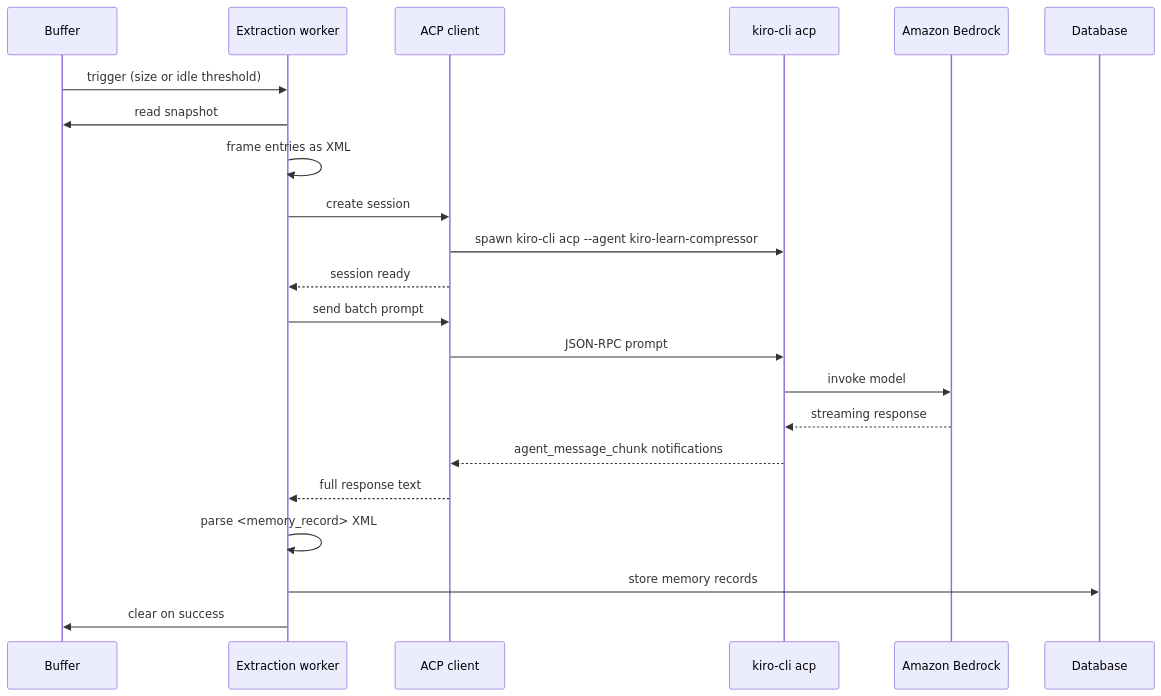
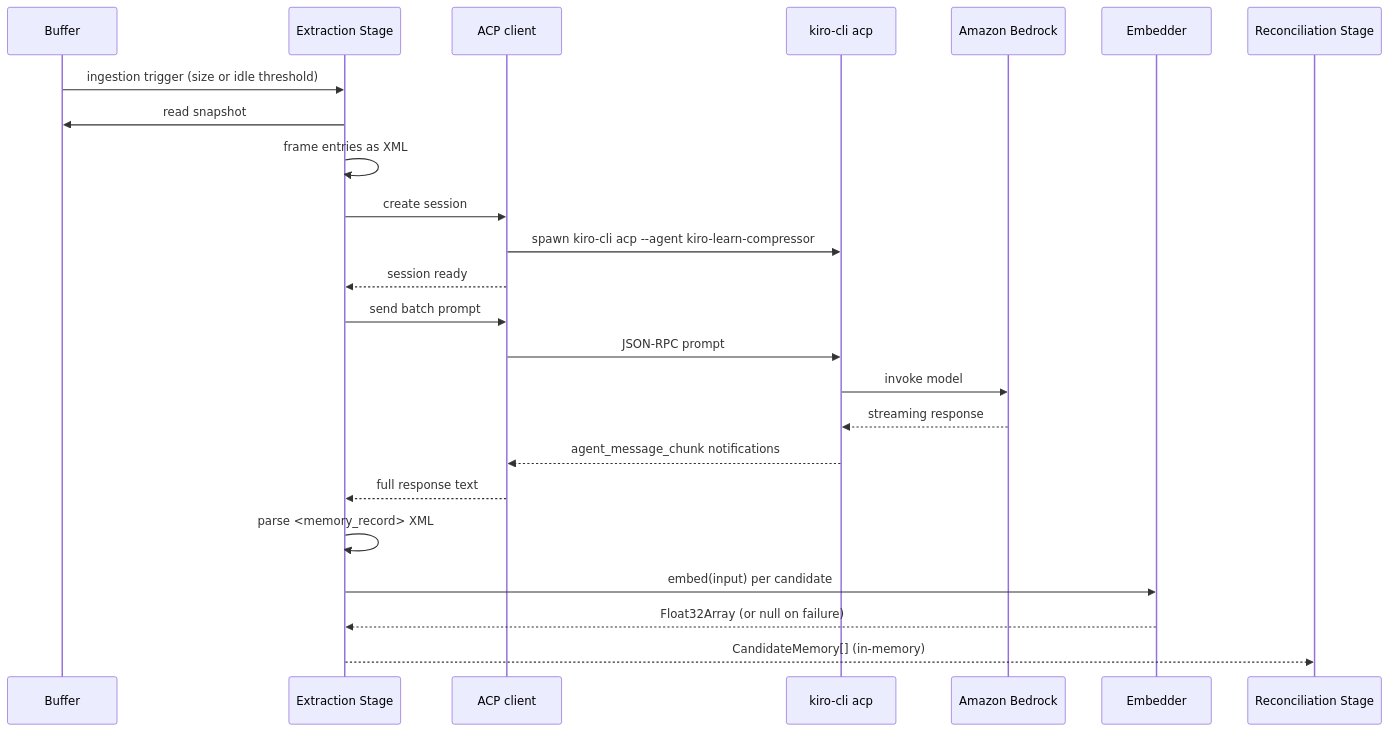
Before and after one commit to brendangeck/kiro-learn: the first of 2 diagrams in docs/architecture/extraction.mdx, drawn with Mermaid. The commit also changed other lines of this file and 67 other files, not shown here.

````diff
--- a/docs/architecture/extraction.mdx
+++ b/docs/architecture/extraction.mdx
@@ -12,25 +16,27 @@
 ```mermaid
 sequenceDiagram
     participant Buffer
-    participant Worker as Extraction worker
+    participant Stage as Extraction Stage
     participant ACP as ACP client
     participant CLI as kiro-cli acp
     participant Bedrock as Amazon Bedrock
-    participant DB as Database
+    participant Embedder
+    participant Recon as Reconciliation Stage
 
-    Buffer->>Worker: trigger (size or idle threshold)
-    Worker->>Buffer: read snapshot
-    Worker->>Worker: frame entries as XML
-    Worker->>ACP: create session
+    Buffer->>Stage: ingestion trigger (size or idle threshold)
+    Stage->>Buffer: read snapshot
+    Stage->>Stage: frame entries as XML
+    Stage->>ACP: create session
     ACP->>CLI: spawn kiro-cli acp --agent kiro-learn-compressor
-    ACP-->>Worker: session ready
-    Worker->>ACP: send batch prompt
+    ACP-->>Stage: session ready
+    Stage->>ACP: send batch prompt
     ACP->>CLI: JSON-RPC prompt
     CLI->>Bedrock: invoke model
     Bedrock-->>CLI: streaming response
     CLI-->>ACP: agent_message_chunk notifications
-    ACP-->>Worker: full response text
-    Worker->>Worker: parse <memory_record> XML
-    Worker->>DB: store memory records
-    Worker->>Buffer: clear on success
+    ACP-->>Stage: full response text
+    Stage->>Stage: parse <memory_record> XML
+    Stage->>Embedder: embed(input) per candidate
+    Embedder-->>Stage: Float32Array (or null on failure)
+    Stage-->>Recon: CandidateMemory[] (in-memory)
 ```
````
